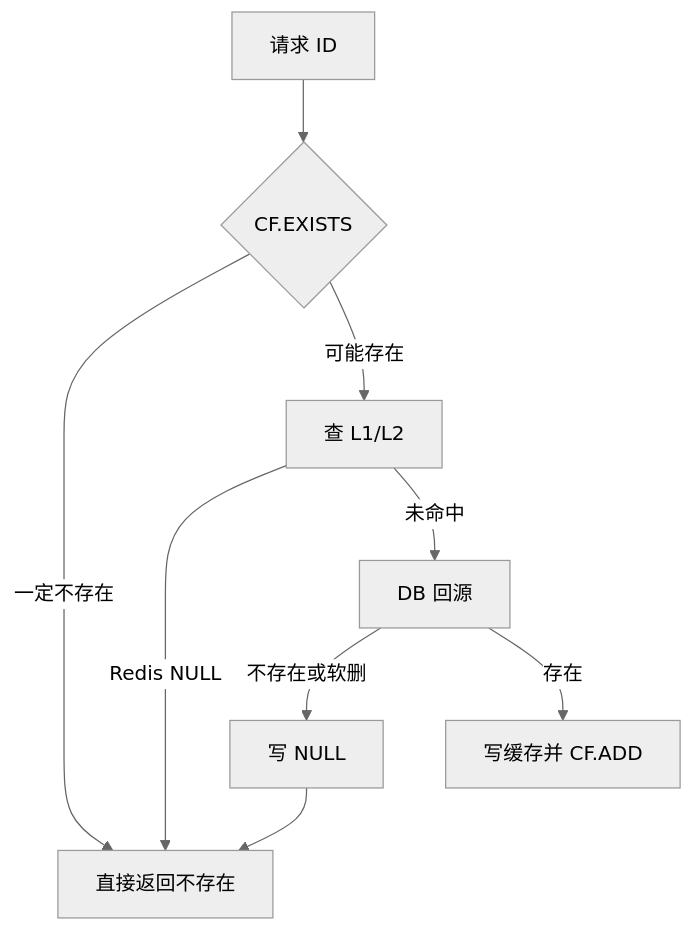
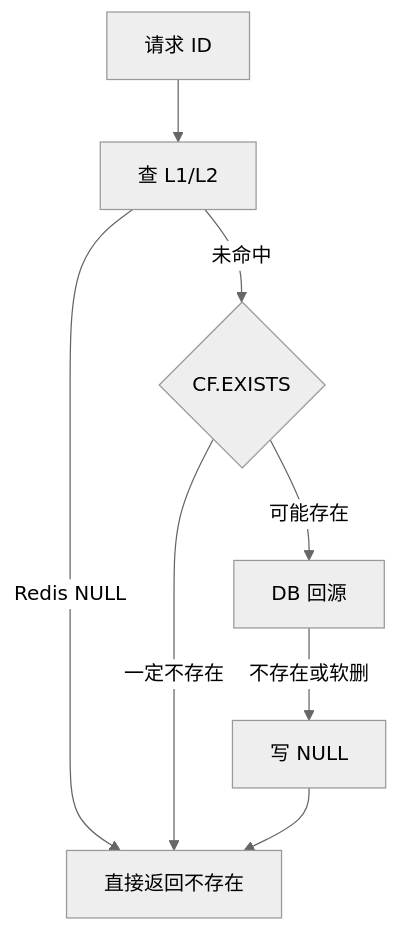
One commit to bitladykiller/zhiguang_go changed diagram 11 of 13 in docs/modules/09-热点缓存与多级缓存策略.md. Above: the diagram before and after it, drawn with Mermaid (neutral theme). The commit also changed other lines of this file and 19 other files, not shown here.

````diff
--- a/docs/modules/09-热点缓存与多级缓存策略.md
+++ b/docs/modules/09-热点缓存与多级缓存策略.md
@@ -442,11 +441,10 @@
 ```mermaid
 flowchart TD
-    A[请求 ID] --> B{CF.EXISTS}
-    B -->|一定不存在| C[直接返回不存在]
-    B -->|可能存在| D[查 L1/L2]
-    D -->|Redis NULL| C
-    D -->|未命中| E[DB 回源]
+    A[请求 ID] --> D[查 L1/L2]
+    D -->|Redis NULL| C[直接返回不存在]
+    D -->|未命中| B{CF.EXISTS}
+    B -->|一定不存在| C
+    B -->|可能存在| E[DB 回源]
     E -->|不存在或软删| F[写 NULL]
     F --> C
-    E -->|存在| G[写缓存并 CF.ADD]
 ```
````
